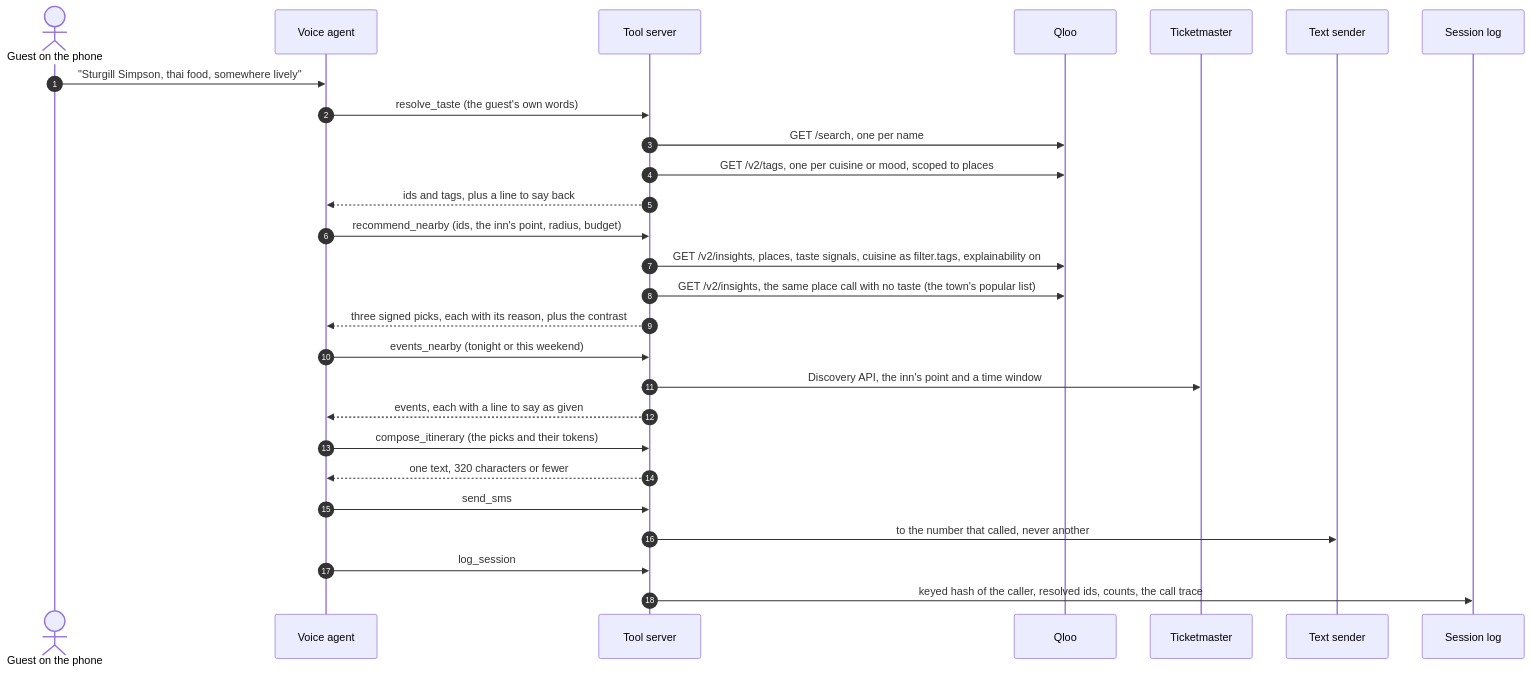
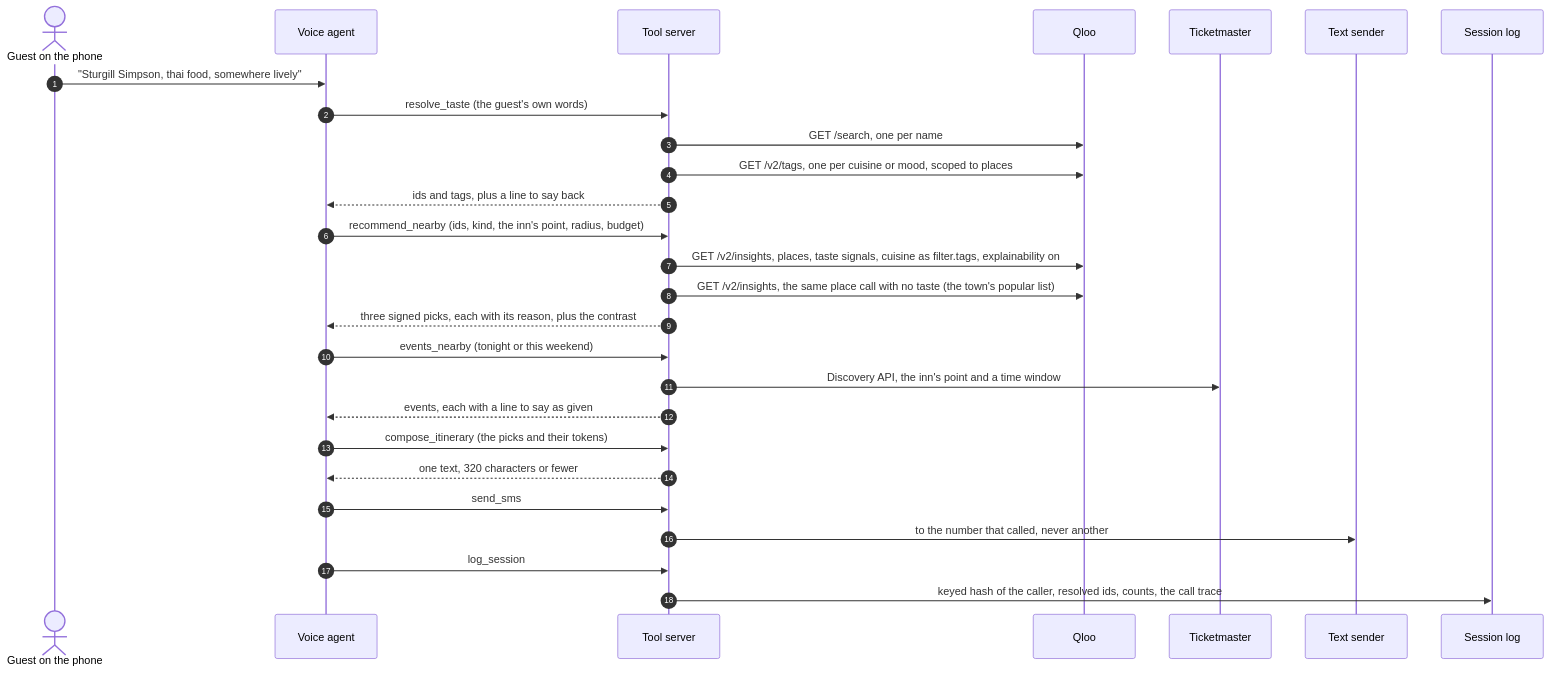
One commit to StankyDanko/bellhop-concierge changed the diagram in docs/ARCHITECTURE.md. Above: the diagram before and after it, drawn with Mermaid. The commit also changed 7 other files, not shown here.

````diff
--- a/docs/ARCHITECTURE.md
+++ b/docs/ARCHITECTURE.md
@@ -9,30 +9,30 @@
 ```mermaid
 sequenceDiagram
     autonumber
     actor Guest as Guest on the phone
     participant Voice as Voice agent
     participant Tools as Tool server
     participant Qloo as Qloo
     participant TM as Ticketmaster
     participant Text as Text sender
     participant Log as Session log
 
     Guest->>Voice: "Sturgill Simpson, thai food, somewhere lively"
     Voice->>Tools: resolve_taste (the guest's own words)
     Tools->>Qloo: GET /search, one per name
     Tools->>Qloo: GET /v2/tags, one per cuisine or mood, scoped to places
     Tools-->>Voice: ids and tags, plus a line to say back
-    Voice->>Tools: recommend_nearby (ids, the inn's point, radius, budget)
+    Voice->>Tools: recommend_nearby (ids, kind, the inn's point, radius, budget)
     Tools->>Qloo: GET /v2/insights, places, taste signals, cuisine as filter.tags, explainability on
     Tools->>Qloo: GET /v2/insights, the same place call with no taste (the town's popular list)
     Tools-->>Voice: three signed picks, each with its reason, plus the contrast
     Voice->>Tools: events_nearby (tonight or this weekend)
     Tools->>TM: Discovery API, the inn's point and a time window
     Tools-->>Voice: events, each with a line to say as given
     Voice->>Tools: compose_itinerary (the picks and their tokens)
     Tools-->>Voice: one text, 320 characters or fewer
     Voice->>Tools: send_sms
     Tools->>Text: to the number that called, never another
     Voice->>Tools: log_session
     Tools->>Log: keyed hash of the caller, resolved ids, counts, the call trace
 ```
````
